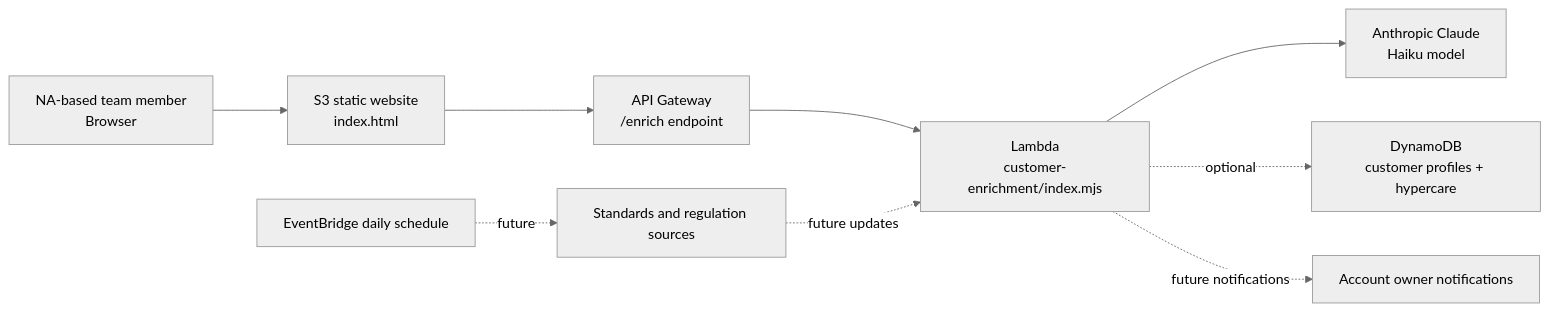
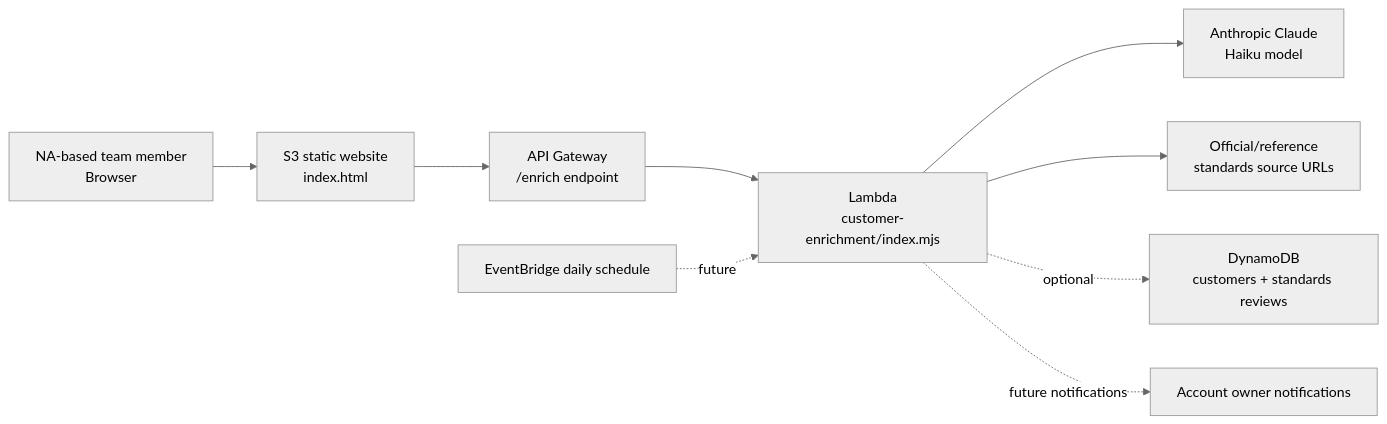
Before and after one commit to child85/new-project-starter: the diagram in README.md, drawn with Mermaid (neutral theme). The commit also changed other lines of this file and 2 other files, not shown here.

Commit message:
Add live AI standards source enrichment

````diff
--- a/README.md
+++ b/README.md
@@ -22,11 +23,11 @@
 ```mermaid
 flowchart LR
     User["NA-based team member<br/>Browser"] --> Site["S3 static website<br/>index.html"]
     Site --> Gateway["API Gateway<br/>/enrich endpoint"]
     Gateway --> Lambda["Lambda<br/>customer-enrichment/index.mjs"]
     Lambda --> Claude["Anthropic Claude<br/>Haiku model"]
-    Lambda -. optional .-> Dynamo["DynamoDB<br/>customer profiles + hypercare"]
-    Watch["EventBridge daily schedule"] -. future .-> Standards["Standards and regulation sources"]
-    Standards -. future updates .-> Lambda
+    Lambda --> Sources["Official/reference<br/>standards source URLs"]
+    Lambda -. optional .-> Dynamo["DynamoDB<br/>customers + standards reviews"]
+    Watch["EventBridge daily schedule"] -. future .-> Lambda
     Lambda -. future notifications .-> Notify["Account owner notifications"]
 ```
````
